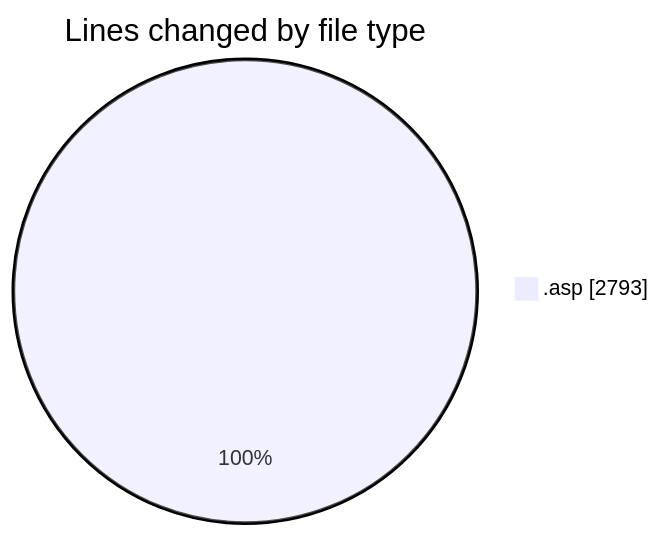
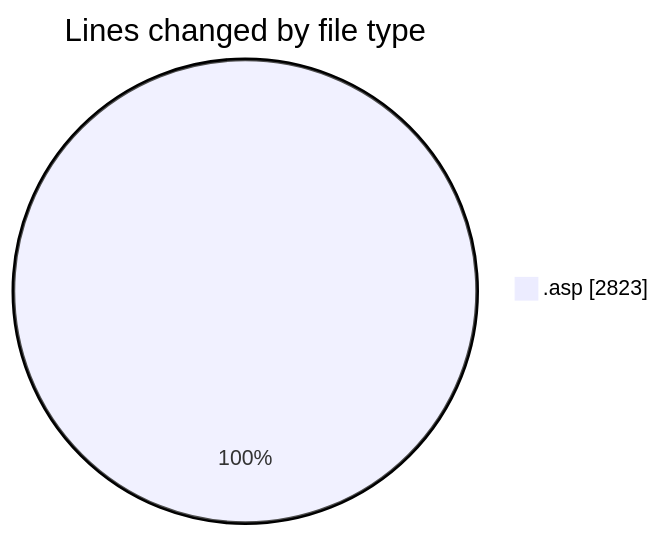
Before and after one commit to julien-gomy/code-tracking: the first of 2 diagrams in 2025-10-31/cdp_aleoudev_fr__workspace_/README.md, drawn with Mermaid. The commit also changed other lines of this file and 1 other file, not shown here.

````diff
--- a/2025-10-31/cdp_aleoudev_fr__workspace_/README.md
+++ b/2025-10-31/cdp_aleoudev_fr__workspace_/README.md
@@ -21,5 +21,5 @@
 ```mermaid
 pie showData
 title Lines changed by file type
-".asp" : 2793
+".asp" : 2823
 ```
````
